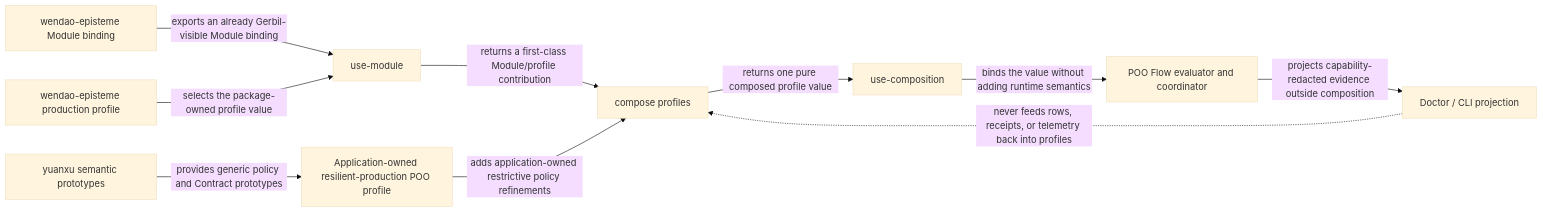
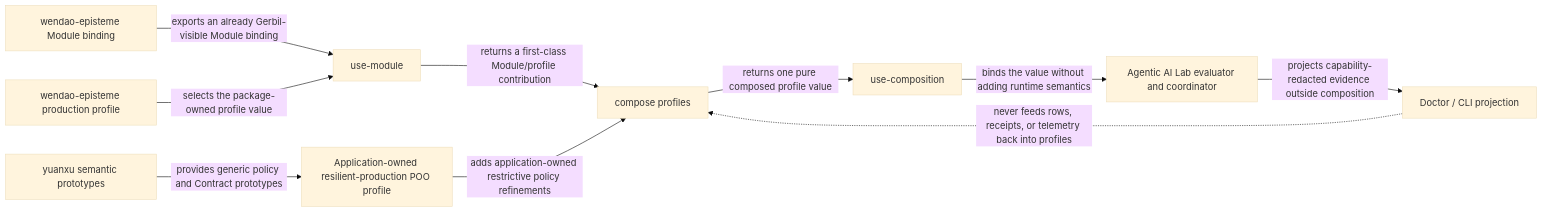
The diagram in module-system/design/45-120-23-poo-profile-only-fixed-point-and-recovery-user-interface.org (tao3k/gebril-yuanxu), drawn with Mermaid (base theme) before and after one commit. The commit also changed other lines of this file and 507 other files, not shown here.

```diff
--- a/module-system/design/45-120-23-poo-profile-only-fixed-point-and-recovery-user-interface.org
+++ b/module-system/design/45-120-23-poo-profile-only-fixed-point-and-recovery-user-interface.org
@@ -48,22 +48,22 @@
 #+begin_src mermaid
 flowchart LR
   Core["yuanxu semantic prototypes"]
   Wendao["wendao-episteme Module binding"]
   Production["wendao-episteme production profile"]
   Resilient["Application-owned resilient-production POO profile"]
   Select["use-module"]
   Compose["compose profiles"]
   Bind["use-composition"]
-  Runtime["POO Flow evaluator and coordinator"]
+  Runtime["Agentic AI Lab evaluator and coordinator"]
   Doctor["Doctor / CLI projection"]
 
   Wendao -->|"exports an already Gerbil-visible Module binding"| Select
   Production -->|"selects the package-owned profile value"| Select
   Core -->|"provides generic policy and Contract prototypes"| Resilient
   Select -->|"returns a first-class Module/profile contribution"| Compose
   Resilient -->|"adds application-owned restrictive policy refinements"| Compose
   Compose -->|"returns one pure composed profile value"| Bind
   Bind -->|"binds the value without adding runtime semantics"| Runtime
   Runtime -->|"projects capability-redacted evidence outside composition"| Doctor
   Doctor -.->|"never feeds rows, receipts, or telemetry back into profiles"| Compose
 #+end_src
```
